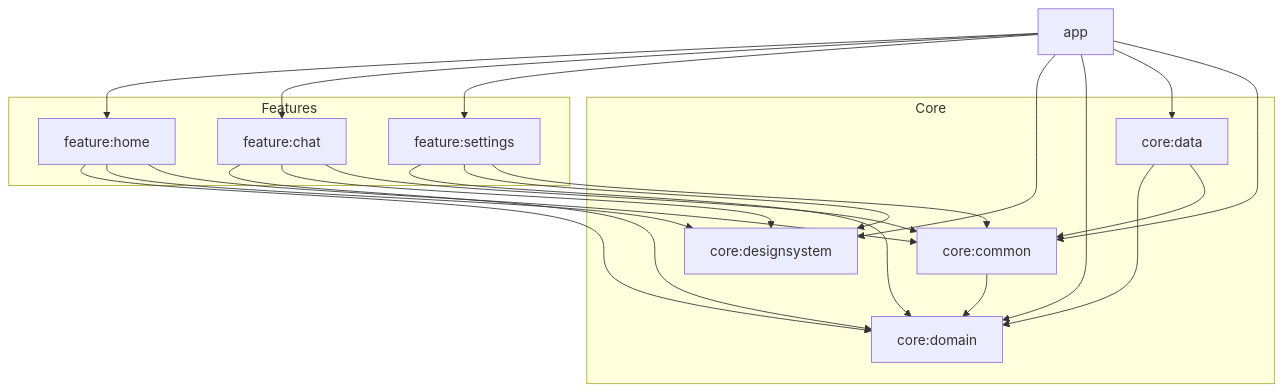
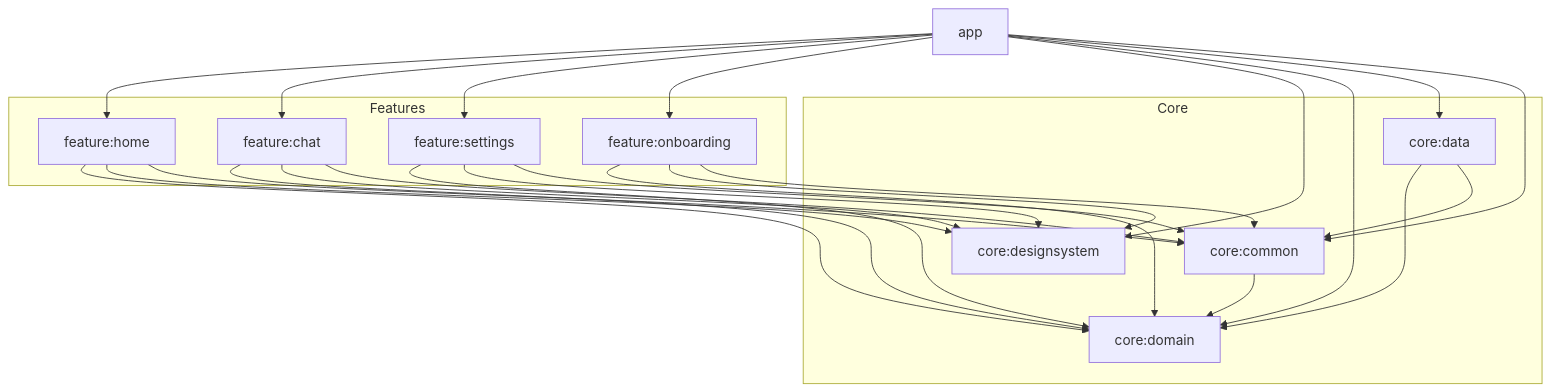
The diagram in README.md (akashray398/Orbit), drawn with Mermaid before and after one commit. The commit also changed other lines of this file and 33 other files, not shown here.

````diff
--- a/README.md
+++ b/README.md
@@ -9,40 +9,46 @@
 ```mermaid
 graph TD
     subgraph Features
         feature_home[feature:home]
         feature_chat[feature:chat]
         feature_settings[feature:settings]
+        feature_onboarding[feature:onboarding]
     end
 
     subgraph Core
         core_designsystem[core:designsystem]
         core_domain[core:domain]
         core_data[core:data]
         core_common[core:common]
     end
 
     app[app] --> feature_home
     app --> feature_chat
     app --> feature_settings
+    app --> feature_onboarding
     app --> core_designsystem
     app --> core_domain
     app --> core_data
     app --> core_common
 
     feature_home --> core_domain
     feature_home --> core_designsystem
     feature_home --> core_common
 
     feature_chat --> core_domain
     feature_chat --> core_designsystem
     feature_chat --> core_common
 
     feature_settings --> core_domain
     feature_settings --> core_designsystem
     feature_settings --> core_common
 
+    feature_onboarding --> core_domain
+    feature_onboarding --> core_designsystem
+    feature_onboarding --> core_common
+
     core_data --> core_domain
     core_data --> core_common
 
     core_common --> core_domain
 ```
````
